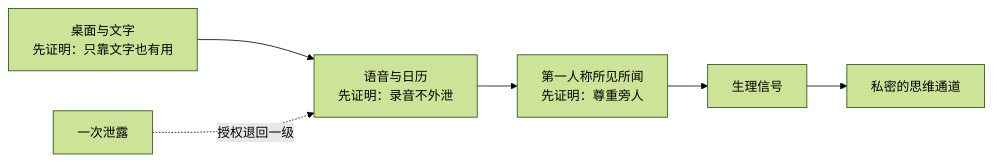
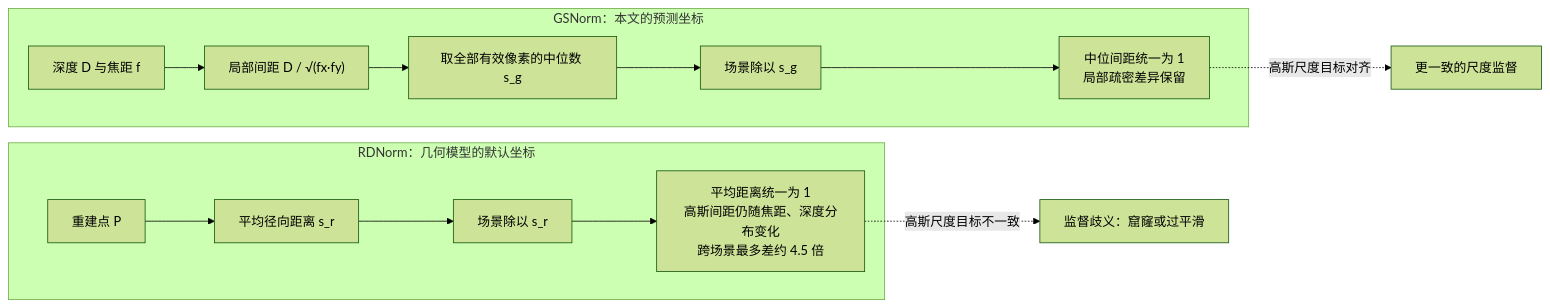
Before and after one commit to yingwang/paper-reads: the second of 4 diagrams in docs/index.md, drawn with Mermaid (forest theme). The commit also changed other lines of this file and 2 other files, not shown here.

````diff
--- a/docs/index.md
+++ b/docs/index.md
@@ -216,8 +117,16 @@
 ```mermaid
 flowchart LR
-    T1["桌面与文字<br/>先证明：只靠文字也有用"] --> T2["语音与日历<br/>先证明：录音不外泄"]
-    T2 --> T3["第一人称所见所闻<br/>先证明：尊重旁人"]
-    T3 --> T4["生理信号"]
-    T4 --> T5["私密的思维通道"]
-    X["一次泄露"] -. "授权退回一级" .-> T2
+    subgraph R["RDNorm：几何模型的默认坐标"]
+        R1["重建点 P"] --> R2["平均径向距离 s_r"]
+        R2 --> R3["场景除以 s_r"]
+        R3 --> R4["平均距离统一为 1<br/>高斯间距仍随焦距、深度分布变化<br/>跨场景最多差约 4.5 倍"]
+    end
+    subgraph G["GSNorm：本文的预测坐标"]
+        G1["深度 D 与焦距 f"] --> G2["局部间距 D / √(fx·fy)"]
+        G2 --> G3["取全部有效像素的中位数 s_g"]
+        G3 --> G4["场景除以 s_g"]
+        G4 --> G5["中位间距统一为 1<br/>局部疏密差异保留"]
+    end
+    R4 -.高斯尺度目标不一致.-> X["监督歧义：窟窿或过平滑"]
+    G5 -.高斯尺度目标对齐.-> Y["更一致的尺度监督"]
 ```
````
